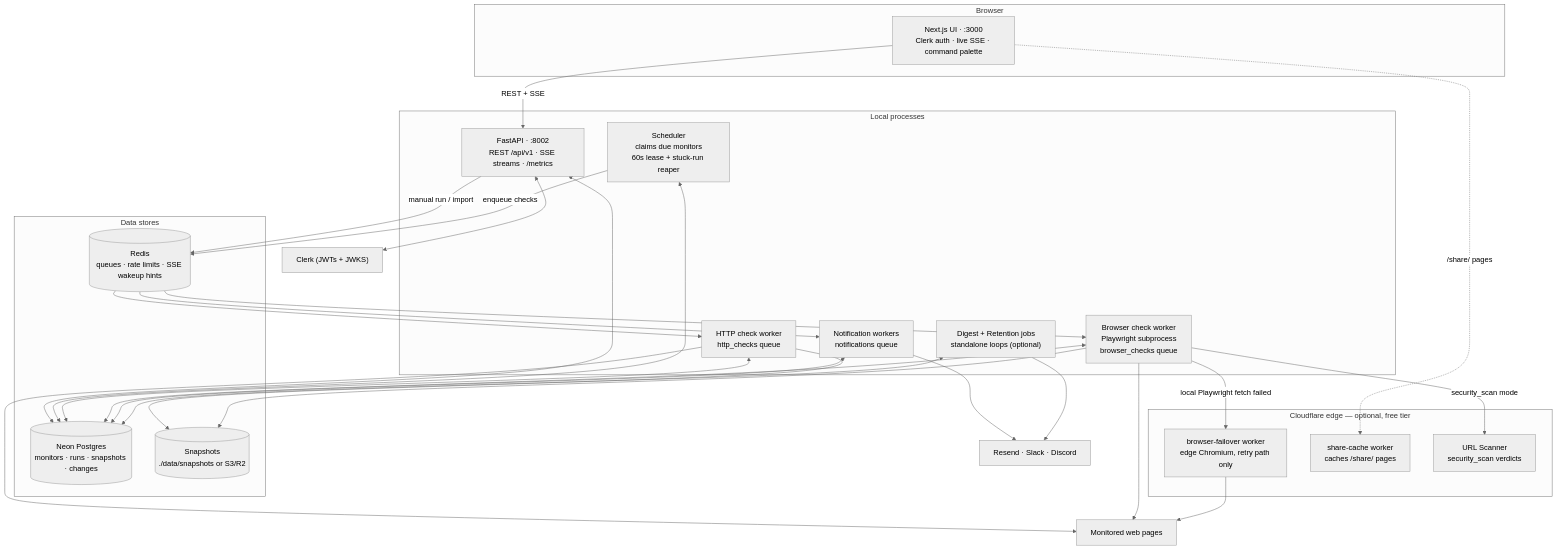
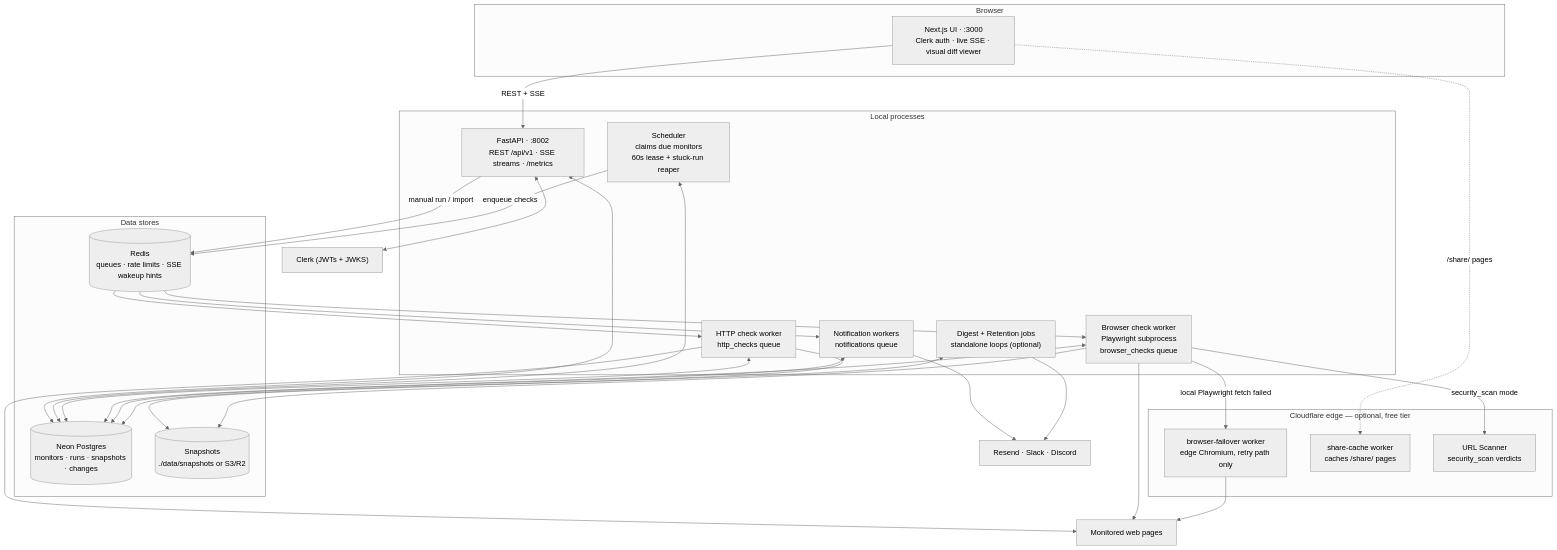
One commit to sunil-gumatimath/web-observer changed the first of 3 diagrams in README.md. Above: the diagram before and after it, drawn with Mermaid (neutral theme). The commit also changed other lines of this file and 4 other files, not shown here.

First line of the commit message:
docs: sync README and guides with visual diff, catalog and UI changes

````diff
--- a/README.md
+++ b/README.md
@@ -57,55 +57,55 @@
 ```mermaid
 flowchart TB
     subgraph Browser["Browser"]
-        UI["Next.js UI · :3000<br/>Clerk auth · live SSE · command palette"]
+        UI["Next.js UI · :3000<br/>Clerk auth · live SSE · visual diff viewer"]
     end
 
     subgraph Procs["Local processes"]
         API["FastAPI · :8002<br/>REST /api/v1 · SSE streams · /metrics"]
         SCHED["Scheduler<br/>claims due monitors<br/>60s lease + stuck-run reaper"]
         WHTTP["HTTP check worker<br/>http_checks queue"]
         WBROWSER["Browser check worker<br/>Playwright subprocess<br/>browser_checks queue"]
         WNOTIFY["Notification workers<br/>notifications queue"]
         JOBS["Digest + Retention jobs<br/>standalone loops (optional)"]
     end
 
     subgraph Stores["Data stores"]
         PG[("Neon Postgres<br/>monitors · runs · snapshots · changes")]
         RD[("Redis<br/>queues · rate limits · SSE wakeup hints")]
         ST[("Snapshots<br/>./data/snapshots or S3/R2")]
     end
 
     subgraph Edge["Cloudflare edge — optional, free tier"]
         BF["browser-failover worker<br/>edge Chromium, retry path only"]
         SCS["share-cache worker<br/>caches /share/ pages"]
         SCAN["URL Scanner<br/>security_scan verdicts"]
     end
 
     TARGET["Monitored web pages"]
     CHANNELS["Resend · Slack · Discord"]
     CLERK["Clerk (JWTs + JWKS)"]
 
     UI -->|"REST + SSE"| API
     API <--> CLERK
     API <--> PG
     API -->|"manual run / import"| RD
     SCHED <--> PG
     SCHED -->|"enqueue checks"| RD
     RD --> WHTTP
     RD --> WBROWSER
     RD --> WNOTIFY
     WHTTP <--> PG
     WBROWSER <--> PG
     WNOTIFY <--> PG
     WHTTP --> ST
     WBROWSER --> ST
     WHTTP --> TARGET
     WBROWSER --> TARGET
     WBROWSER -->|"local Playwright fetch failed"| BF
     BF --> TARGET
     WBROWSER -->|"security_scan mode"| SCAN
     WNOTIFY --> CHANNELS
     JOBS <--> PG
     JOBS --> CHANNELS
     UI -.->|"/share/ pages"| SCS
 ```
````
